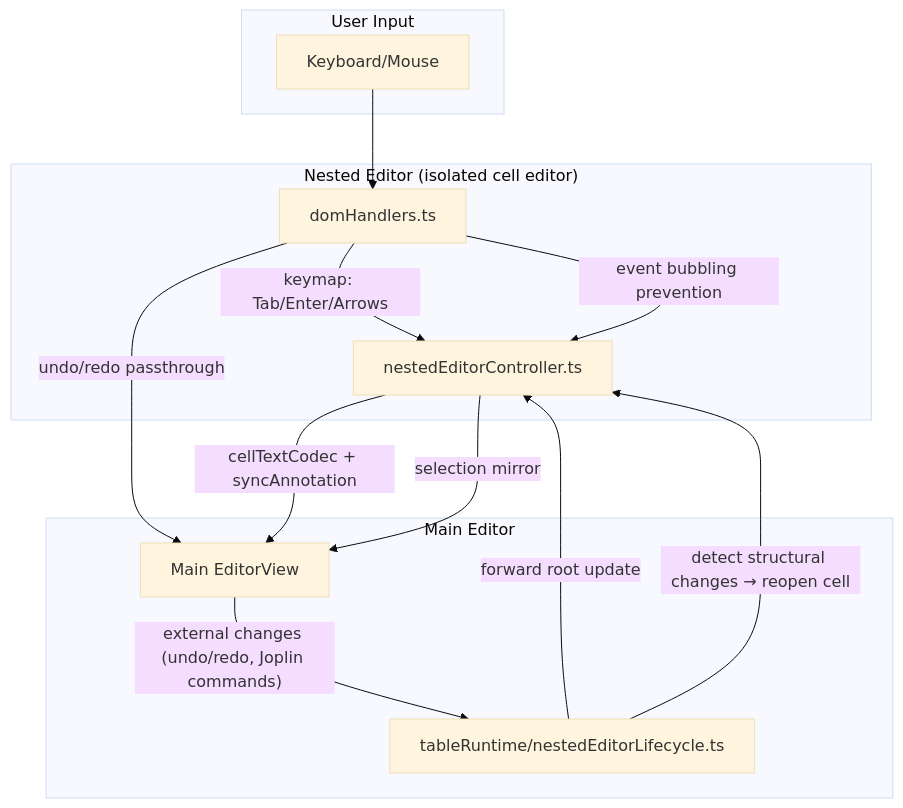
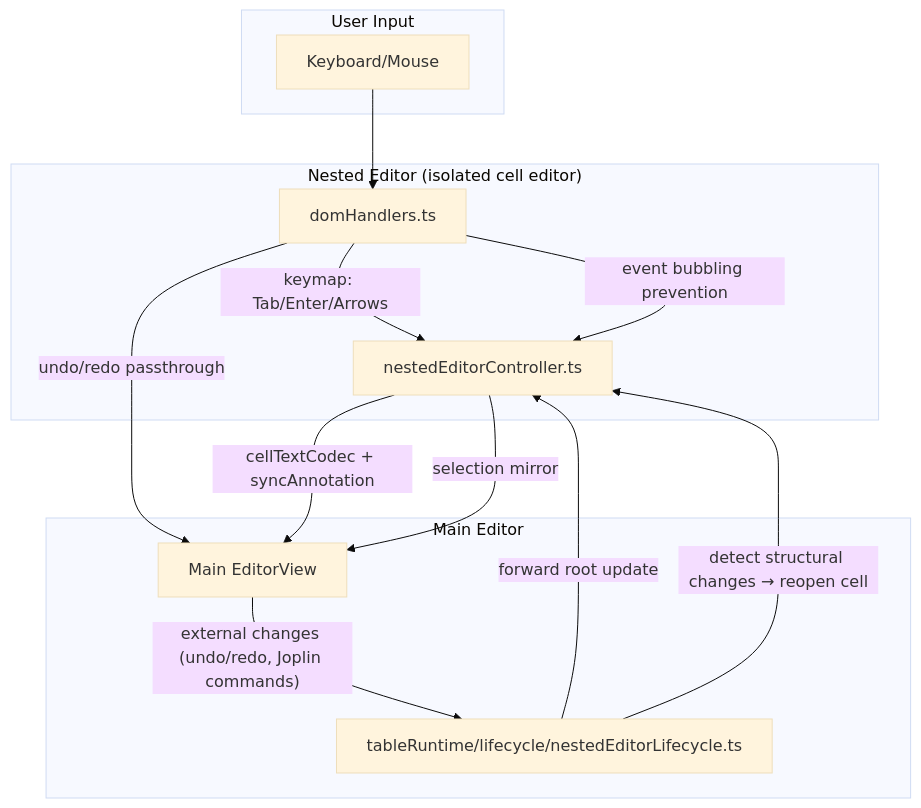
Before and after one commit to bwat47/joplin-rich-tables: the diagram in docs/Architecture/Overview.md, drawn with Mermaid (base theme). The commit also changed other lines of this file and 47 other files, not shown here.

First line of the commit message:
Organize tableRuntime folder structure (#91)

````diff
--- a/docs/Architecture/Overview.md
+++ b/docs/Architecture/Overview.md
@@ -119,28 +119,28 @@
 ```mermaid
 flowchart TB
     subgraph User["User Input"]
         K["Keyboard/Mouse"]
     end
 
     subgraph Nested["Nested Editor (isolated cell editor)"]
         NE["nestedEditorController.ts"]
         DH["domHandlers.ts"]
     end
 
     subgraph Main["Main Editor"]
         ME["Main EditorView"]
-        LC["tableRuntime/nestedEditorLifecycle.ts"]
+        LC["tableRuntime/lifecycle/nestedEditorLifecycle.ts"]
     end
 
     K --> DH
     DH -->|"keymap: Tab/Enter/Arrows"| NE
     DH -->|"undo/redo passthrough"| ME
     DH -->|"event bubbling prevention"| NE
 
     NE -->|"cellTextCodec + syncAnnotation"| ME
     NE -->|"selection mirror"| ME
 
     ME -->|"external changes (undo/redo, Joplin commands)"| LC
     LC -->|"forward root update"| NE
     LC -->|"detect structural changes → reopen cell"| NE
 ```
````
